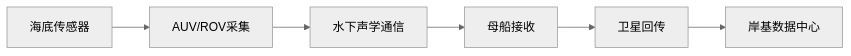
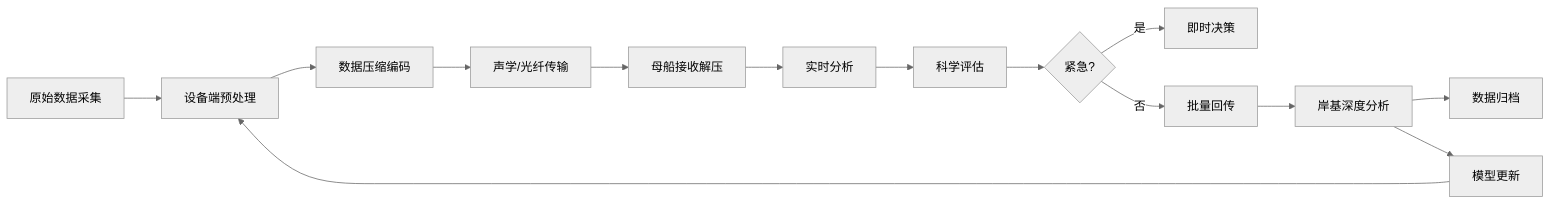
Before and after one commit to kudig-io/kudig-database: the third of 3 diagrams in topic-application-architecture/78-deep-sea-exploration.md, drawn with Mermaid (neutral theme). The commit also changed other lines of this file and 8633 other files, not shown here.

````diff
--- a/topic-application-architecture/78-deep-sea-exploration.md
+++ b/topic-application-architecture/78-deep-sea-exploration.md
@@ -130,8 +210,16 @@
 ```mermaid
 flowchart LR
-    A[海底传感器] --> B[AUV/ROV采集]
-    B --> C[水下声学通信]
-    C --> D[母船接收]
-    D --> E[卫星回传]
-    E --> F[岸基数据中心]
+    A[原始数据采集] --> B[设备端预处理]
+    B --> C[数据压缩编码]
+    C --> D[声学/光纤传输]
+    D --> E[母船接收解压]
+    E --> F[实时分析]
+    F --> G[科学评估]
+    G --> H{紧急?}
+    H -->|是| I[即时决策]
+    H -->|否| J[批量回传]
+    J --> K[岸基深度分析]
+    K --> L[数据归档]
+    K --> M[模型更新]
+    M --> B
 ```
````
